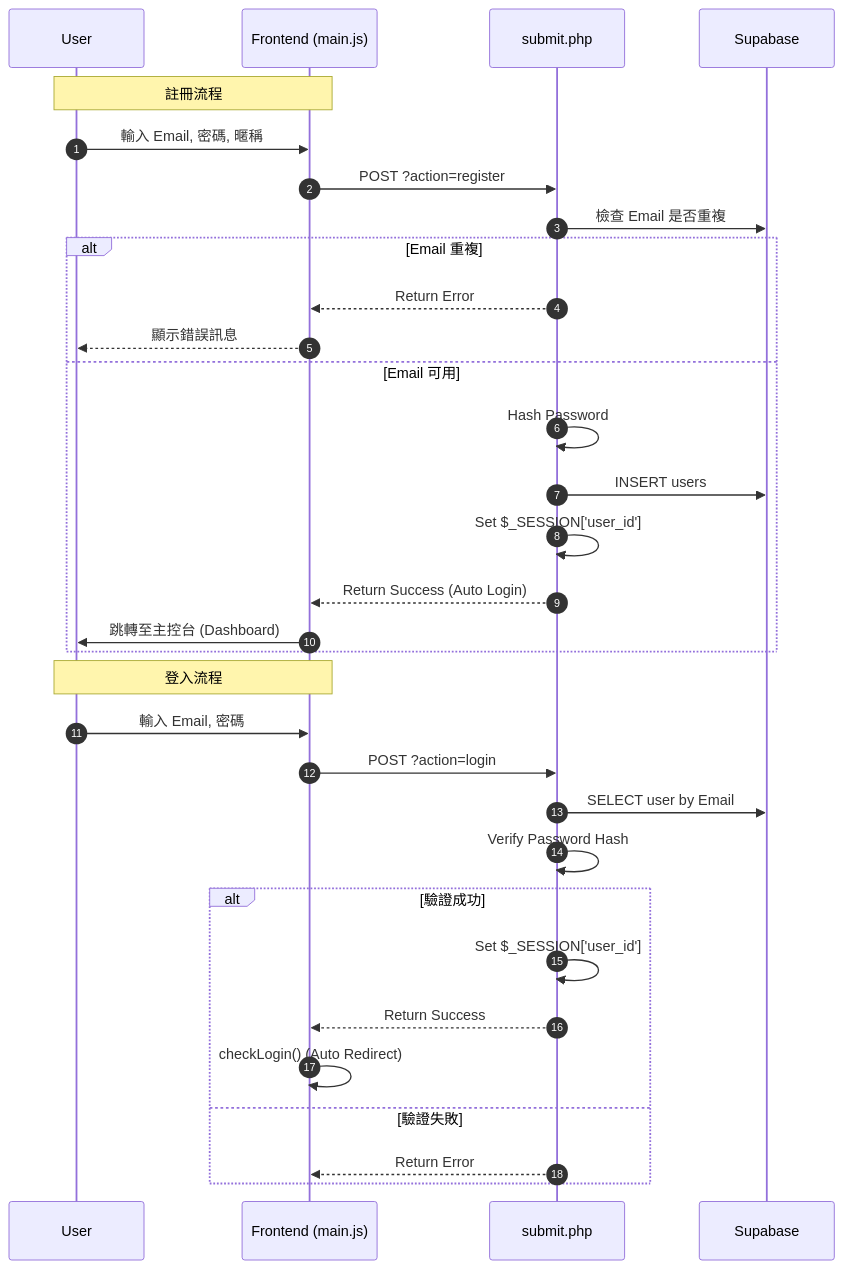
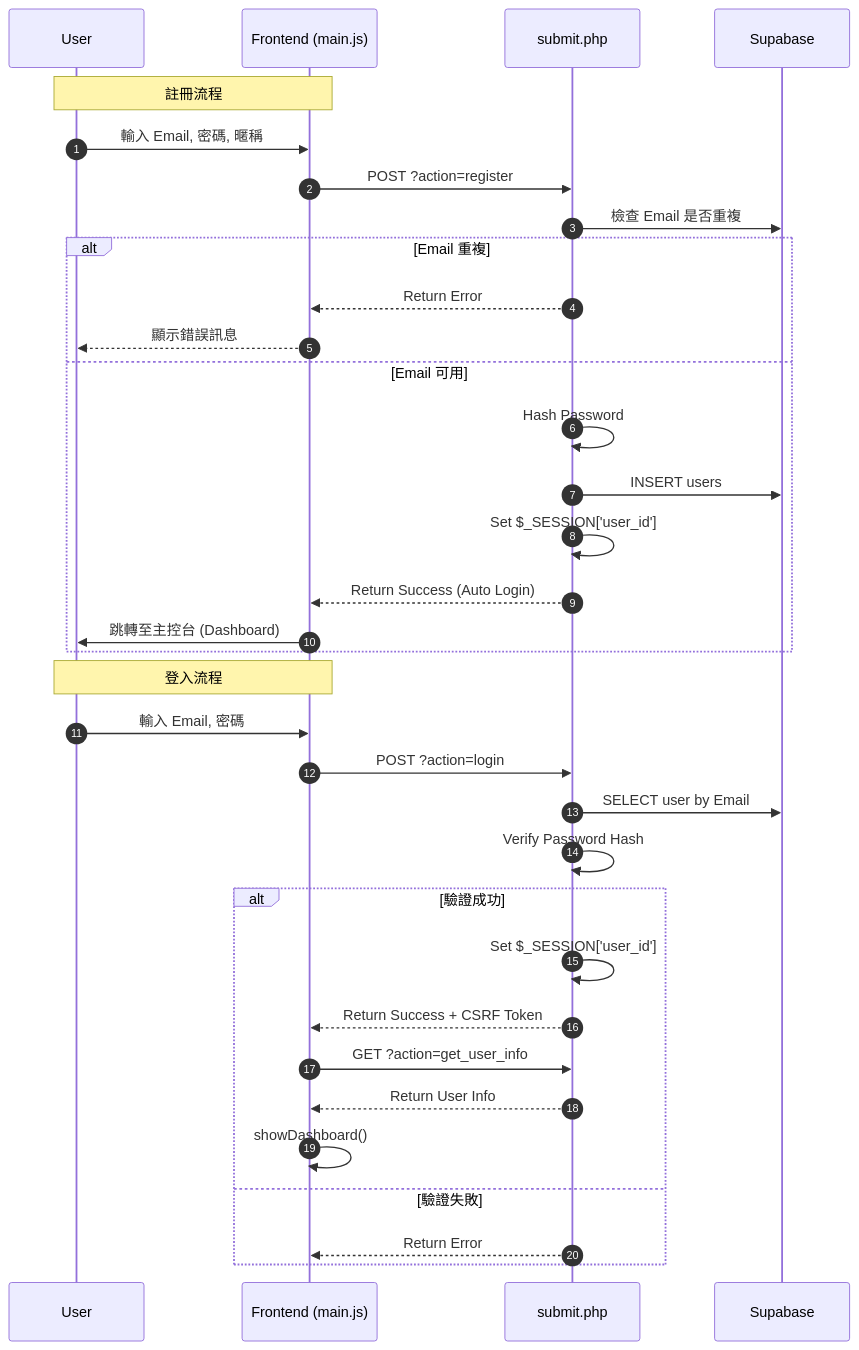
Before and after one commit to Raxter62/Fitconnect: the second of 5 diagrams in illustrate/architecture.md, drawn with Mermaid. The commit also changed 9 other files, not shown here.

Commit message:
更新 .gitignore，新增開發/測試工具排除項目；重構 config.php 以支援除錯環境檢查及改進錯誤回應；在 db_test.php 和 test_email.php 中加入調試工具的存取控制；更新 service-worker.js 的快取版本號；在 submit.php 中新增 CSRF 保護及錯誤處理；重構 main.js 以支援 CSRF Token；更新 view_qr.php 以控制調試工具的存取。

````diff
--- a/illustrate/architecture.md
+++ b/illustrate/architecture.md
@@ -65,36 +65,38 @@
 ```mermaid
 sequenceDiagram
     autonumber
     participant U as User
     participant FE as Frontend (main.js)
     participant API as submit.php
     participant DB as Supabase
 
     Note over U, FE: 註冊流程
     U->>FE: 輸入 Email, 密碼, 暱稱
     FE->>API: POST ?action=register
     API->>DB: 檢查 Email 是否重複
     alt Email 重複
         API-->>FE: Return Error
         FE-->>U: 顯示錯誤訊息
     else Email 可用
         API->>API: Hash Password
         API->>DB: INSERT users
         API->>API: Set $_SESSION['user_id']
         API-->>FE: Return Success (Auto Login)
         FE->>U: 跳轉至主控台 (Dashboard)
     end
 
     Note over U, FE: 登入流程
     U->>FE: 輸入 Email, 密碼
     FE->>API: POST ?action=login
     API->>DB: SELECT user by Email
     API->>API: Verify Password Hash
     alt 驗證成功
         API->>API: Set $_SESSION['user_id']
-        API-->>FE: Return Success
-        FE->>FE: checkLogin() (Auto Redirect)
+        API-->>FE: Return Success + CSRF Token
+        FE->>API: GET ?action=get_user_info
+        API-->>FE: Return User Info
+        FE->>FE: showDashboard()
     else 驗證失敗
         API-->>FE: Return Error
     end
 ```
````
